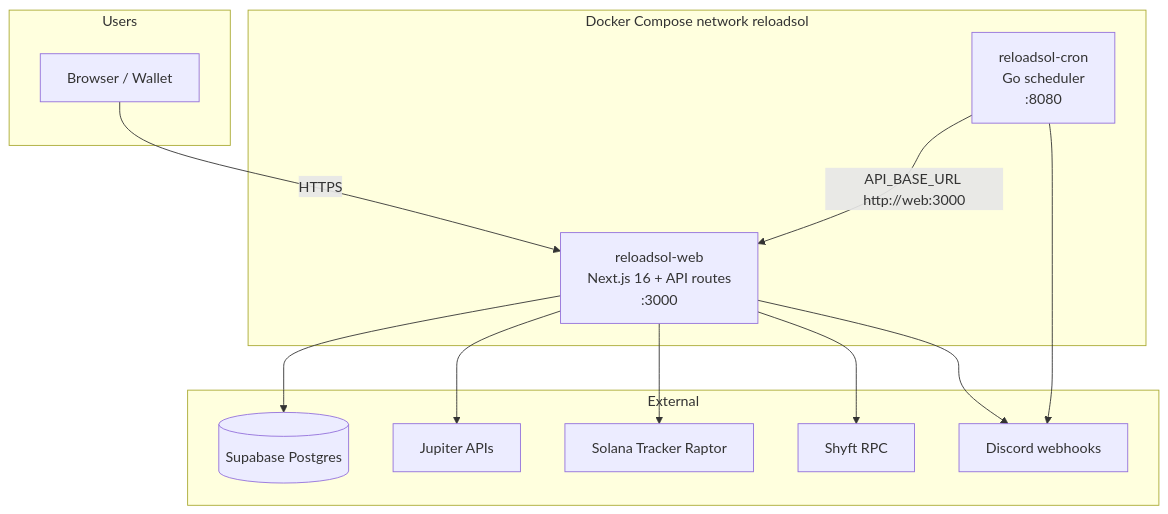
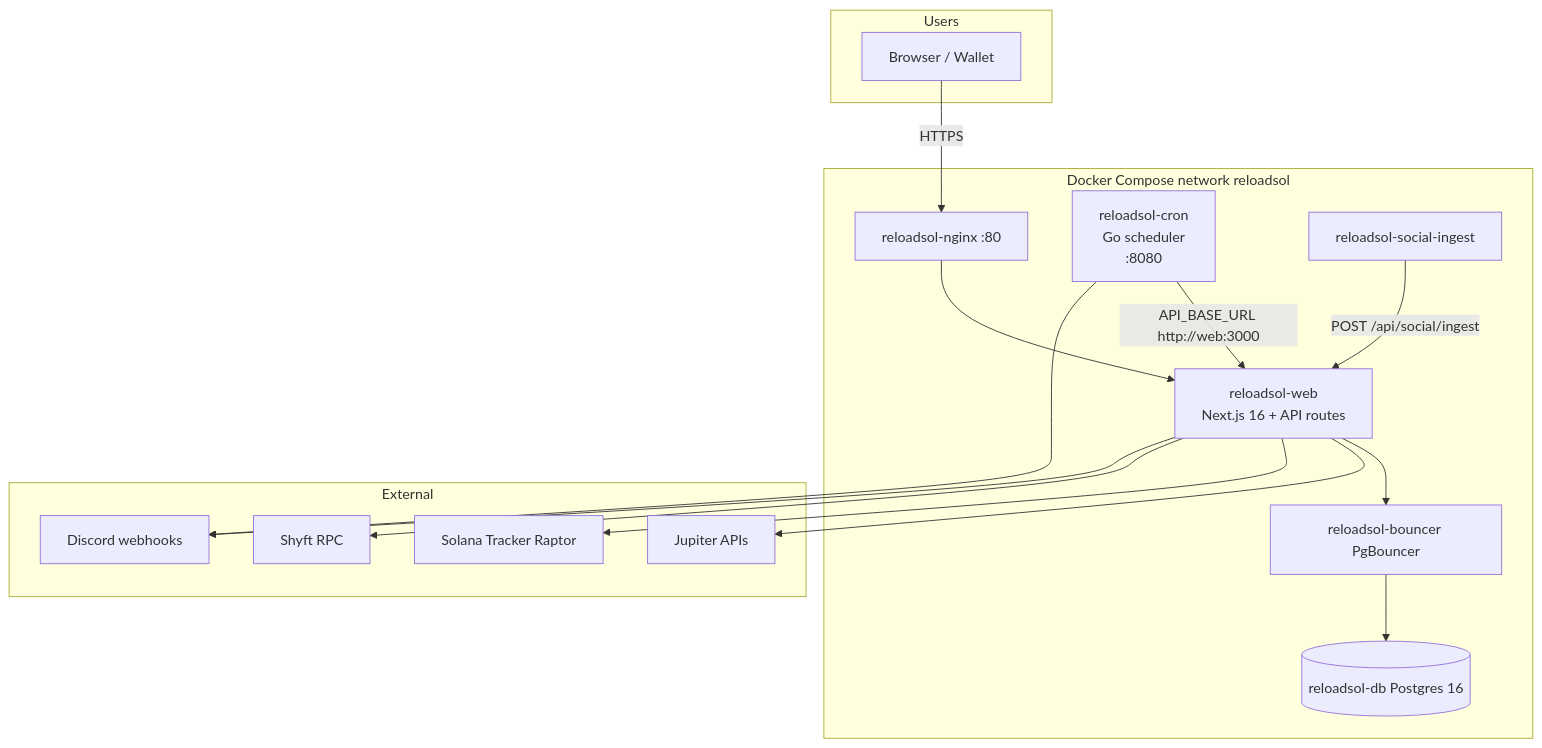
The first of 3 diagrams in docs/architecture.md (studentofcoding/reloadsol), drawn with Mermaid before and after one commit. The commit also changed other lines of this file and 24 other files, not shown here.

````diff
--- a/docs/architecture.md
+++ b/docs/architecture.md
@@ -18,28 +18,32 @@
 ```mermaid
 flowchart TB
   subgraph users [Users]
     Browser[Browser / Wallet]
   end
 
   subgraph docker [Docker Compose network reloadsol]
-    Web[reloadsol-web\nNext.js 16 + API routes\n:3000]
+    Nginx[reloadsol-nginx :80]
+    Web[reloadsol-web\nNext.js 16 + API routes]
     Cron[reloadsol-cron\nGo scheduler\n:8080]
+    DB[(reloadsol-db Postgres 16)]
+    Bouncer[reloadsol-bouncer PgBouncer]
+    SocialIngest[reloadsol-social-ingest]
   end
 
   subgraph external [External]
-    Supabase[(Supabase Postgres)]
     Jupiter[Jupiter APIs]
     Raptor[Solana Tracker Raptor]
     Shyft[Shyft RPC]
     Discord[Discord webhooks]
   end
 
-  Browser -->|HTTPS| Web
+  Browser -->|HTTPS| Nginx --> Web
   Cron -->|API_BASE_URL http://web:3000| Web
-  Web --> Supabase
+  Web --> Bouncer --> DB
+  SocialIngest -->|POST /api/social/ingest| Web
   Web --> Jupiter
   Web --> Raptor
   Web --> Shyft
   Web --> Discord
   Cron --> Discord
 ```
````
